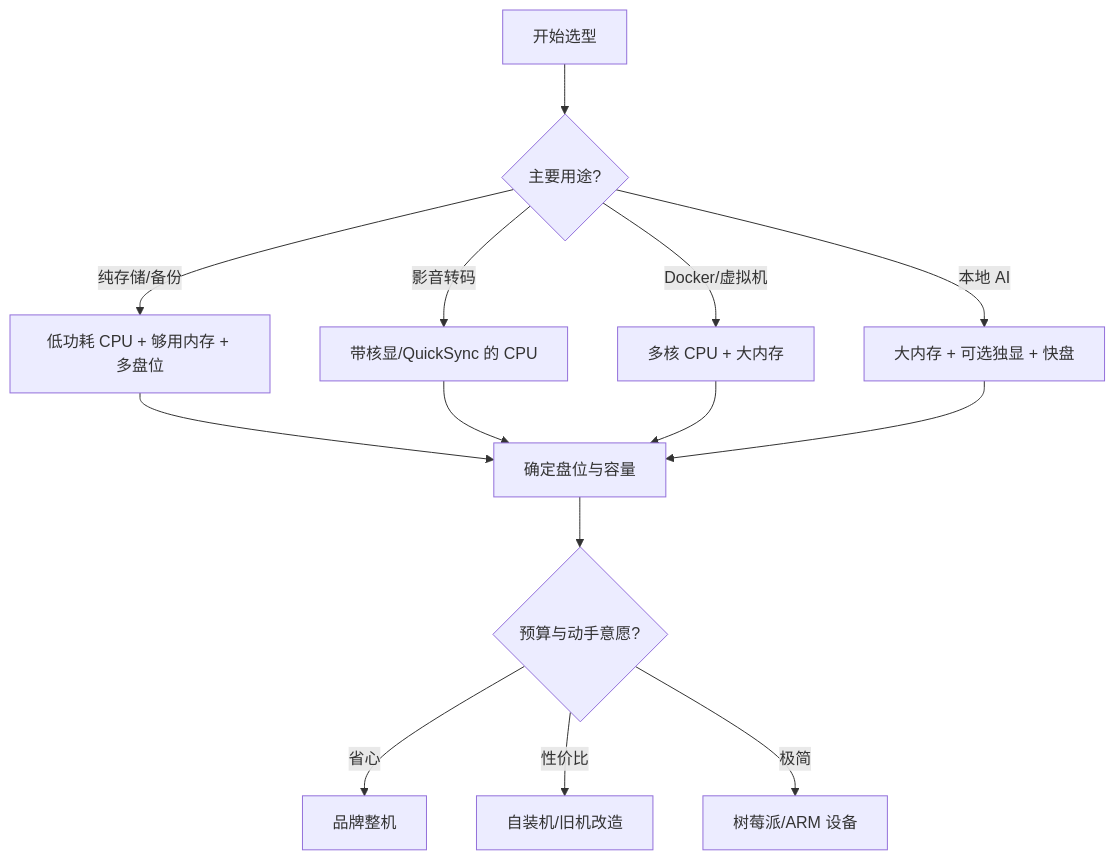
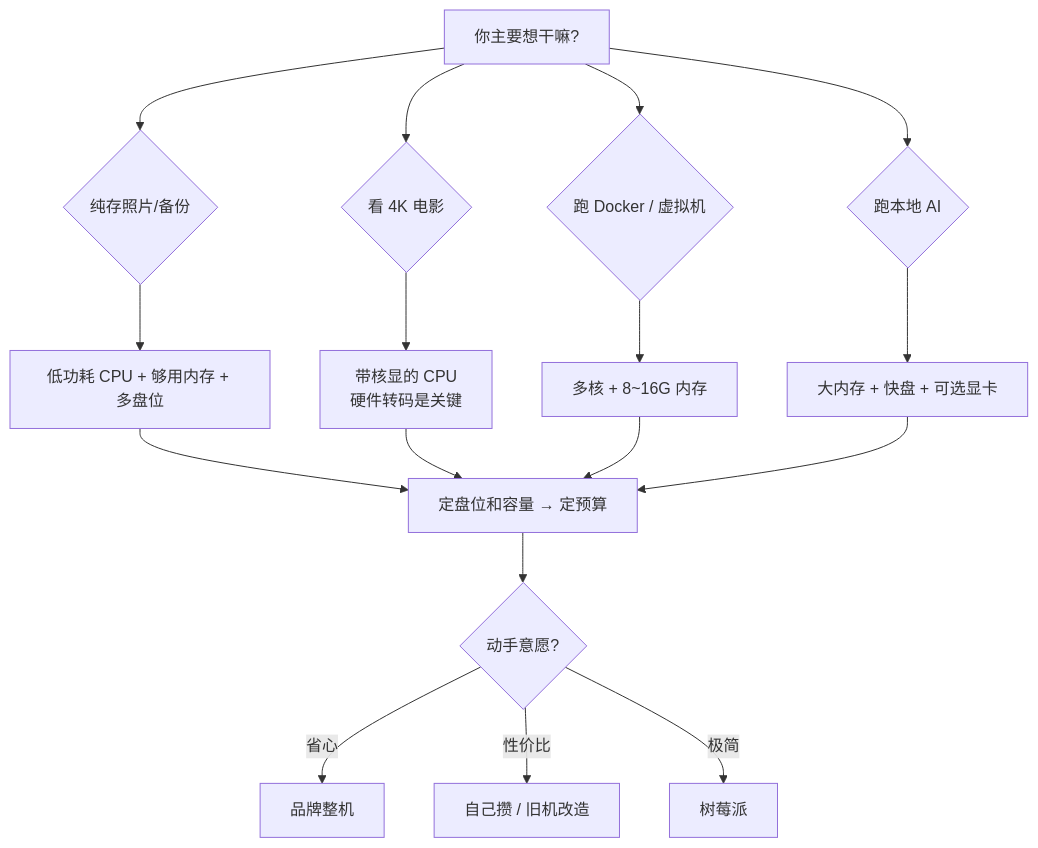
One commit to cv-superding/nas-guide changed the diagram in docs/02-硬件选型/README.md. Above: the diagram before and after it, drawn with Mermaid. The commit also changed other lines of this file and 1 other file, not shown here.

````diff
--- a/docs/02-硬件选型/README.md
+++ b/docs/02-硬件选型/README.md
@@ -34,16 +27,16 @@
 ```mermaid
 flowchart TD
-    A[开始选型] --> B{主要用途?}
-    B -->|纯存储/备份| C[低功耗 CPU + 够用内存 + 多盘位]
-    B -->|影音转码| D[带核显/QuickSync 的 CPU]
-    B -->|Docker/虚拟机| E[多核 CPU + 大内存]
-    B -->|本地 AI| F[大内存 + 可选独显 + 快盘]
-    C --> G[确定盘位与容量]
-    D --> G
-    E --> G
-    F --> G
-    G --> H{预算与动手意愿?}
-    H -->|省心| I[品牌整机]
-    H -->|性价比| J[自装机/旧机改造]
-    H -->|极简| K[树莓派/ARM 设备]
+    A[你主要想干嘛?] --> B{纯存照片/备份}
+    A --> C{看 4K 电影}
+    A --> D{跑 Docker / 虚拟机}
+    A --> E{跑本地 AI}
+    B --> F[低功耗 CPU + 够用内存 + 多盘位]
+    C --> G[带核显的 CPU<br/>硬件转码是关键]
+    D --> H[多核 + 8~16G 内存]
+    E --> I[大内存 + 快盘 + 可选显卡]
+    F & G & H & I --> J[定盘位和容量 → 定预算]
+    J --> K{动手意愿?}
+    K -->|省心| L[品牌整机]
+    K -->|性价比| M[自己攒 / 旧机改造]
+    K -->|极简| N[树莓派]
 ```
````
